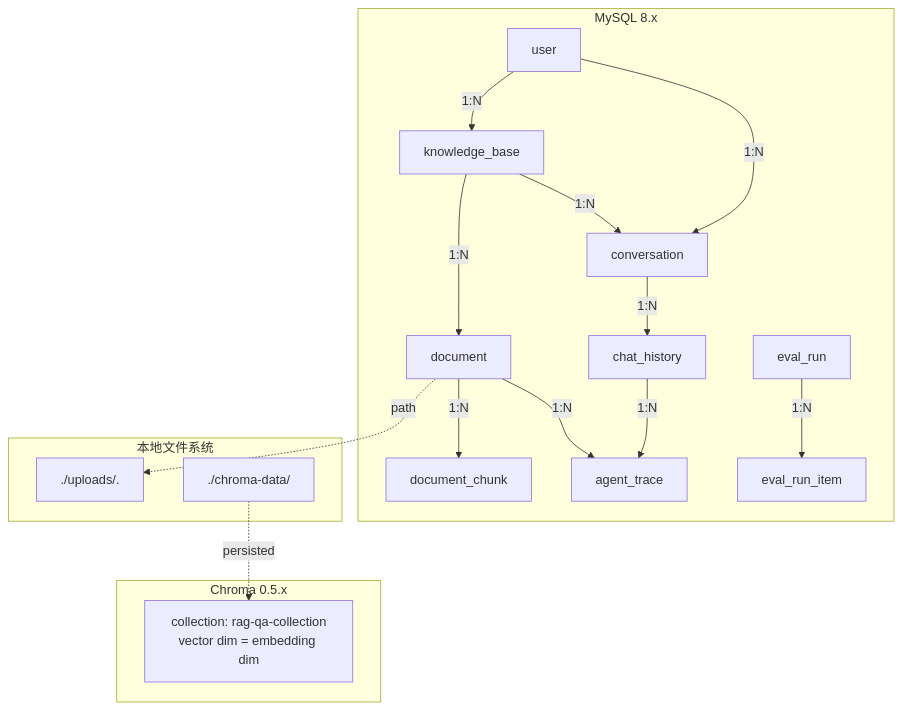
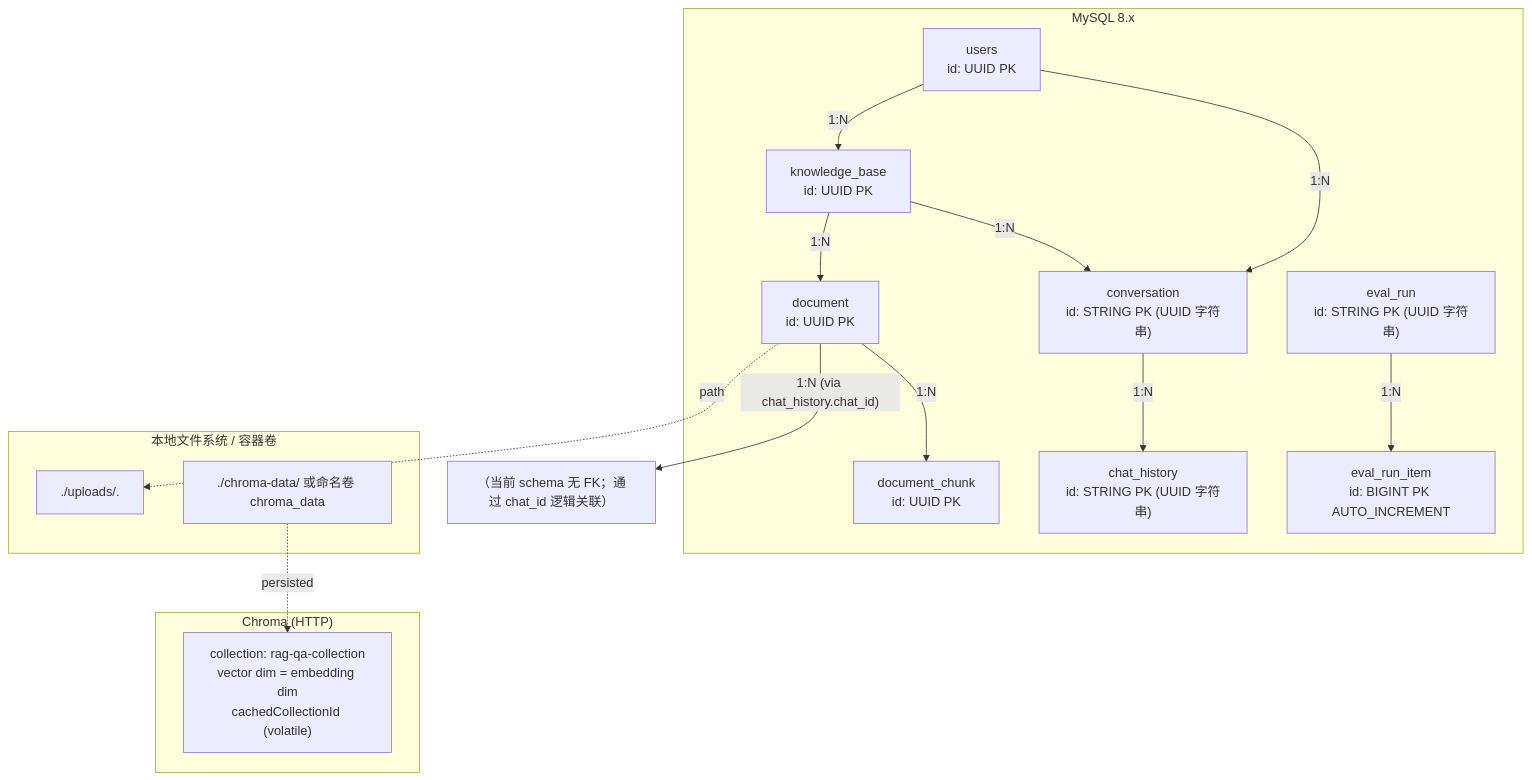
Before and after one commit to Ruadgedy/RAG-demo: the first of 4 diagrams in docs/summary/data-view.md, drawn with Mermaid. The commit also changed other lines of this file and 4 other files, not shown here.

Commit message:
docs(summary): 按代码事实修正 4+1 视图（10 项 F-001~F-010）

````diff
--- a/docs/summary/data-view.md
+++ b/docs/summary/data-view.md
@@ -7,35 +8,33 @@
 ```mermaid
 flowchart TB
-  subgraph MySQL[MySQL 8.x]
-    U[user]
-    KB[knowledge_base]
-    D[document]
-    DC[document_chunk]
-    CH[chat_history]
-    CV[conversation]
-    ER[eval_run]
-    ERI[eval_run_item]
-    AT[agent_trace]
+  subgraph MySQL["MySQL 8.x"]
+    U["users<br/>id: UUID PK"]
+    KB["knowledge_base<br/>id: UUID PK"]
+    D["document<br/>id: UUID PK"]
+    DC["document_chunk<br/>id: UUID PK"]
+    CH["chat_history<br/>id: STRING PK (UUID 字符串)"]
+    CV["conversation<br/>id: STRING PK (UUID 字符串)"]
+    ER["eval_run<br/>id: STRING PK (UUID 字符串)"]
+    ERI["eval_run_item<br/>id: BIGINT PK AUTO_INCREMENT"]
   end
 
-  subgraph Chroma[Chroma 0.5.x]
-    Coll["collection: rag-qa-collection<br/>vector dim = embedding dim"]
+  subgraph Chroma["Chroma (HTTP)"]
+    Coll["collection: rag-qa-collection<br/>vector dim = embedding dim<br/>cachedCollectionId (volatile)"]
   end
 
-  subgraph FS[本地文件系统]
+  subgraph FS["本地文件系统 / 容器卷"]
     Uploads["./uploads/<fileHash>.<ext>"]
-    ChromaDir["./chroma-data/"]
+    ChromaDir["./chroma-data/ 或命名卷 chroma_data"]
   end
 
   D -. path .-> Uploads
   ChromaDir -. persisted .-> Coll
   D -- "1:N" --> DC
   KB -- "1:N" --> D
   KB -- "1:N" --> CV
   U -- "1:N" --> KB
   U -- "1:N" --> CV
   CV -- "1:N" --> CH
-  D -- "1:N" --> AT
-  CH -- "1:N" --> AT
+  D -- "1:N (via chat_history.chat_id)" --> AT_note["（当前 schema 无 FK；通过 chat_id 逻辑关联）"]
   ER -- "1:N" --> ERI
 ```
````
